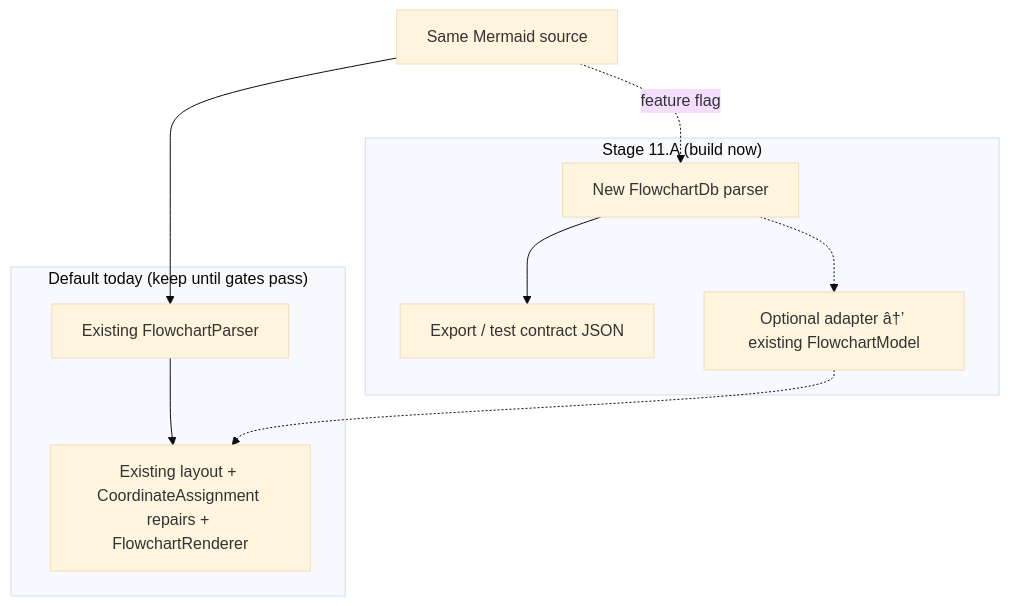
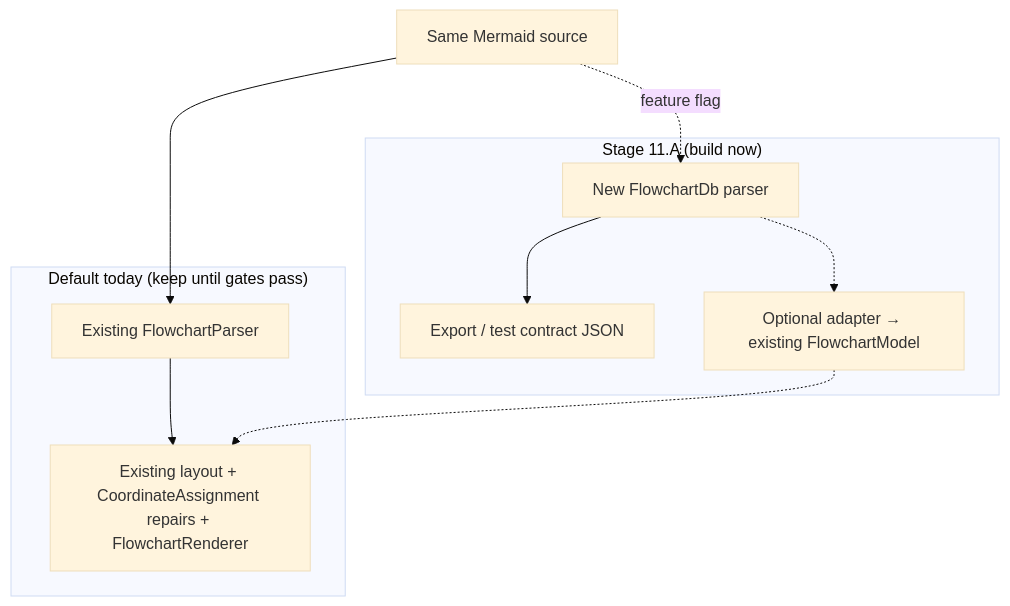
Before and after one commit to VaderConsulting/MarkdownToDocX: the eighth of 12 diagrams in spec.md, drawn with Mermaid (base theme). The commit also changed other lines of this file and 743 other files, not shown here.

First line of the commit message:
Add multi-kind recognition at L4, native flowchart render pilot, and truthfulness gates.

````diff
--- a/spec.md
+++ b/spec.md
@@ -1860,19 +2354,19 @@
 ```mermaid
 flowchart TB
   SRC["Same Mermaid source"]
 
   subgraph today["Default today (keep until gates pass)"]
     OLD_PARSE["Existing FlowchartParser"]
     OLD_RENDER["Existing layout + CoordinateAssignment repairs + FlowchartRenderer"]
   end
 
   subgraph stageA["Stage 11.A (build now)"]
     NEW_PARSE["New FlowchartDb parser"]
     CONTRACT["Export / test contract JSON"]
-    ADAPTER["Optional adapter â†’ existing FlowchartModel"]
+    ADAPTER["Optional adapter → existing FlowchartModel"]
   end
 
   SRC --> OLD_PARSE --> OLD_RENDER
   SRC -.->|"feature flag"| NEW_PARSE --> CONTRACT
   NEW_PARSE -.-> ADAPTER -.-> OLD_RENDER
 ```
````
